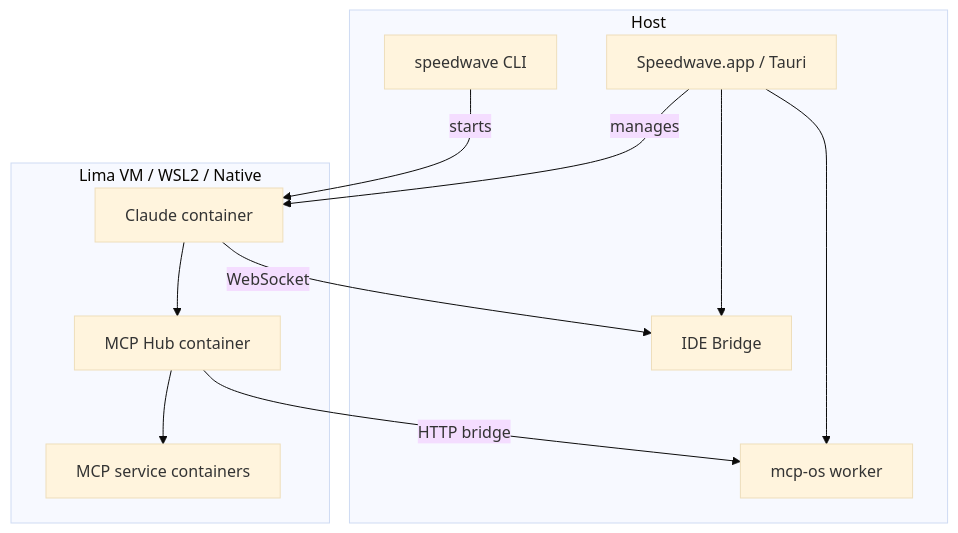
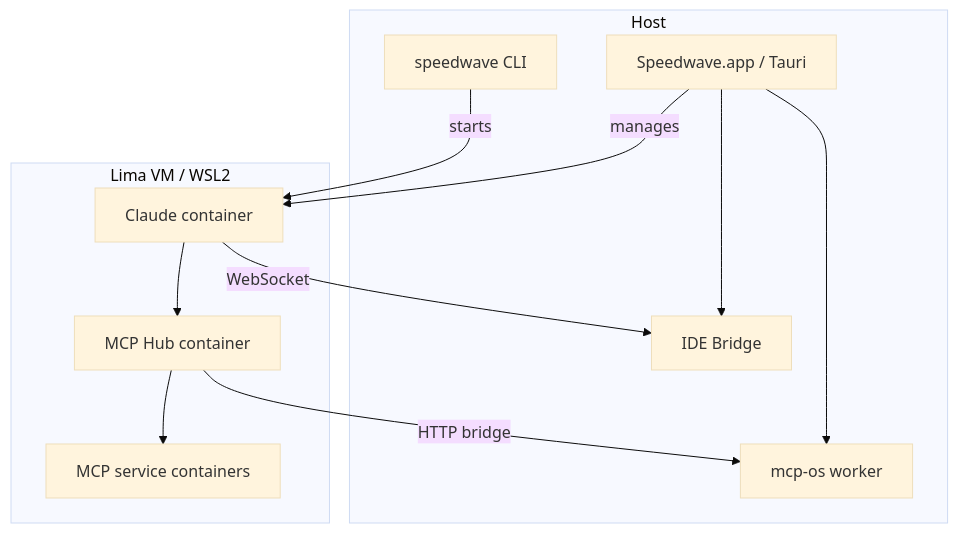
One commit to speednet-software/speedwave changed the diagram in docs/architecture/README.md. Above: the diagram before and after it, drawn with Mermaid (base theme). The commit also changed 113 other files, not shown here.

````diff
--- a/docs/architecture/README.md
+++ b/docs/architecture/README.md
@@ -7,24 +7,24 @@
 ```mermaid
 graph TD
     subgraph Host
         APP[Speedwave.app / Tauri]
         MCP_OS[mcp-os worker]
         IDE[IDE Bridge]
         CLI[speedwave CLI]
     end
 
-    subgraph "Lima VM / WSL2 / Native"
+    subgraph "Lima VM / WSL2"
         CLAUDE[Claude container]
         HUB[MCP Hub container]
         WORKERS[MCP service containers]
     end
 
     APP --> MCP_OS
     APP --> IDE
     APP --> |manages| CLAUDE
     CLI --> |starts| CLAUDE
     CLAUDE --> HUB
     HUB --> WORKERS
     HUB --> |HTTP bridge| MCP_OS
     CLAUDE --> |WebSocket| IDE
 ```
````
